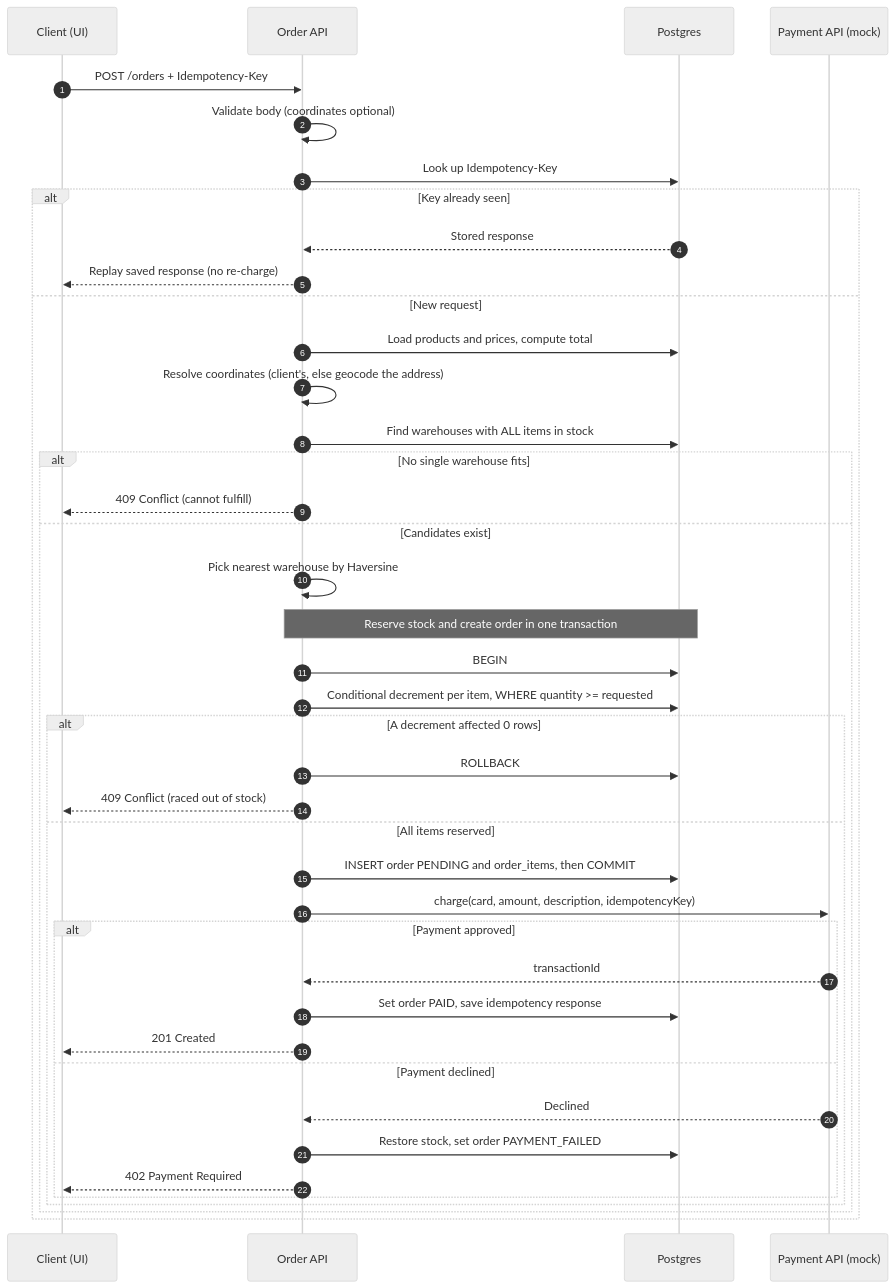
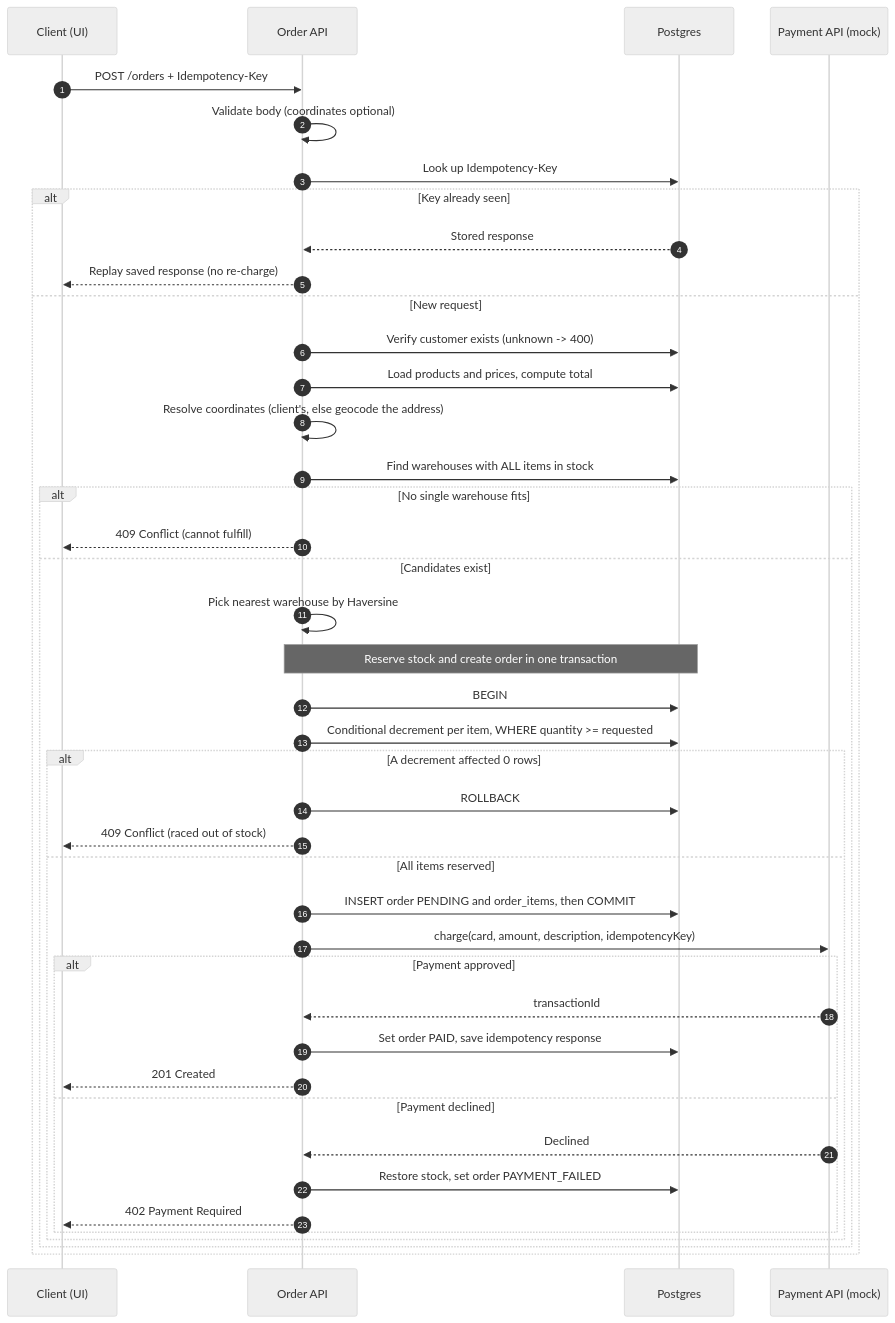
Before and after one commit to andrespd1/order-management-service: the diagram in PRD.md, drawn with Mermaid (neutral theme). The commit also changed other lines of this file, not shown here.

````diff
--- a/PRD.md
+++ b/PRD.md
@@ -188,44 +189,45 @@
 ```mermaid
 sequenceDiagram
     autonumber
     participant C as Client (UI)
     participant API as Order API
     participant DB as Postgres
     participant Pay as Payment API (mock)
 
     C->>API: POST /orders + Idempotency-Key
     API->>API: Validate body (coordinates optional)
     API->>DB: Look up Idempotency-Key
     alt Key already seen
         DB-->>API: Stored response
         API-->>C: Replay saved response (no re-charge)
     else New request
+        API->>DB: Verify customer exists (unknown -> 400)
         API->>DB: Load products and prices, compute total
         API->>API: Resolve coordinates (client's, else geocode the address)
         API->>DB: Find warehouses with ALL items in stock
         alt No single warehouse fits
             API-->>C: 409 Conflict (cannot fulfill)
         else Candidates exist
             API->>API: Pick nearest warehouse by Haversine
             Note over API,DB: Reserve stock and create order in one transaction
             API->>DB: BEGIN
             API->>DB: Conditional decrement per item, WHERE quantity >= requested
             alt A decrement affected 0 rows
                 API->>DB: ROLLBACK
                 API-->>C: 409 Conflict (raced out of stock)
             else All items reserved
                 API->>DB: INSERT order PENDING and order_items, then COMMIT
                 API->>Pay: charge(card, amount, description, idempotencyKey)
                 alt Payment approved
                     Pay-->>API: transactionId
                     API->>DB: Set order PAID, save idempotency response
                     API-->>C: 201 Created
                 else Payment declined
                     Pay-->>API: Declined
                     API->>DB: Restore stock, set order PAYMENT_FAILED
                     API-->>C: 402 Payment Required
                 end
             end
         end
     end
 ```
````
